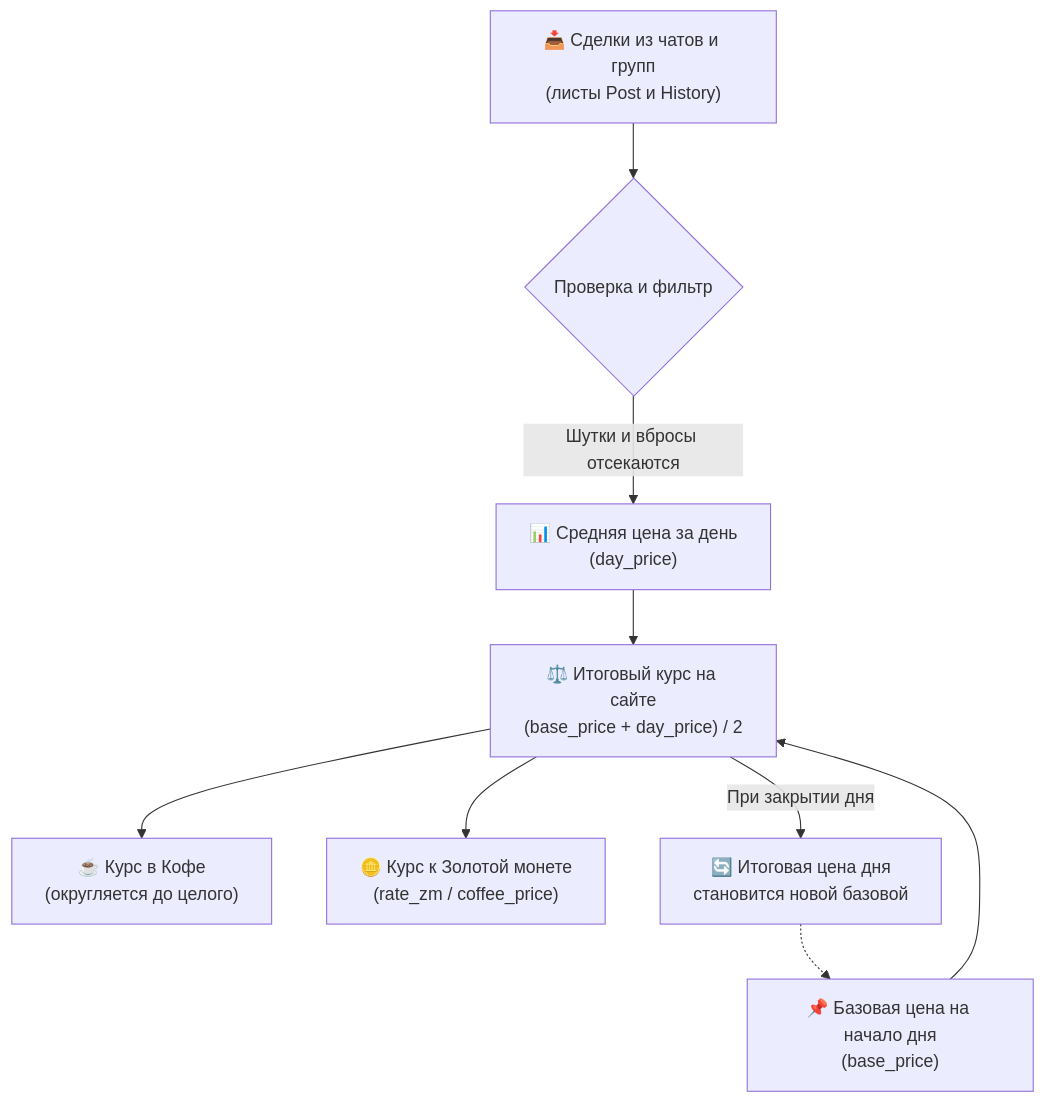
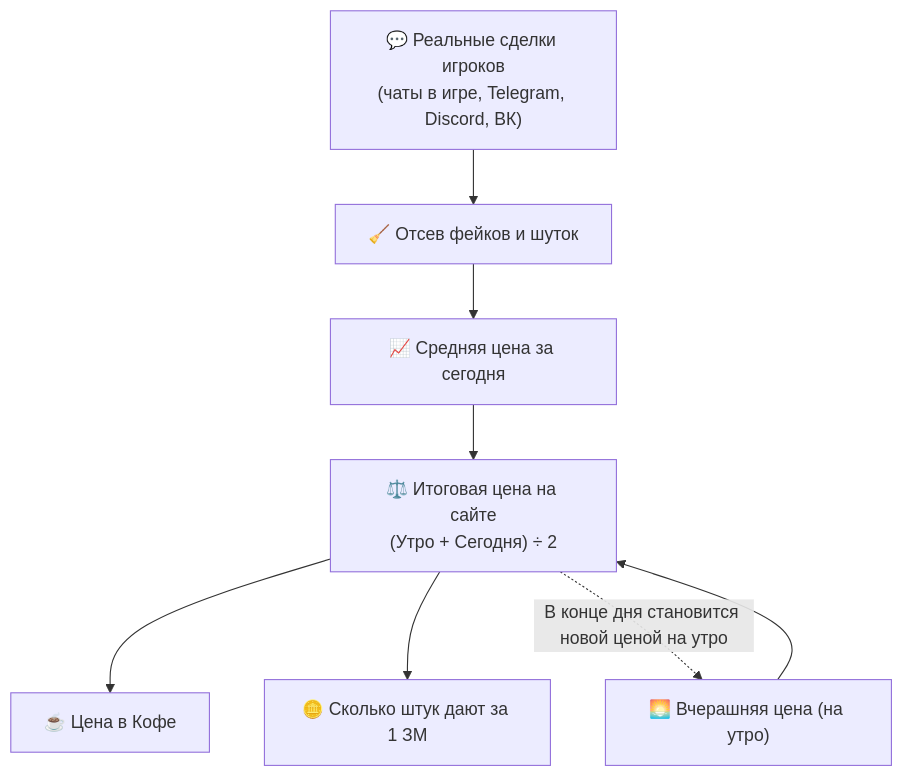
The diagram in README.md (Daedalusie/RR4-Barter), drawn with Mermaid before and after one commit. The commit also changed other lines of this file, not shown here.

````diff
--- a/README.md
+++ b/README.md
@@ -35,11 +35,10 @@
 ```mermaid
 flowchart TD
-    A["📥 Сделки из чатов и групп<br/>(листы Post и History)"] --> B{"Проверка и фильтр"}
-    B -->|Шутки и вбросы отсекаются| C["📊 Средняя цена за день<br/>(day_price)"]
-    D["📌 Базовая цена на начало дня<br/>(base_price)"] --> E["⚖️ Итоговый курс на сайте<br/>(base_price + day_price) / 2"]
+    A["💬 Реальные сделки игроков<br/>(чаты в игре, Telegram, Discord, ВК)"] --> B["🧹 Отсев фейков и шуток"]
+    B --> C["📈 Средняя цена за сегодня"]
+    D["🌅 Вчерашняя цена (на утро)"] --> E["⚖️ Итоговая цена на сайте<br/>(Утро + Сегодня) ÷ 2"]
     C --> E
-    E --> F["☕ Курс в Кофе<br/>(округляется до целого)"]
-    E --> G["🪙 Курс к Золотой монете<br/>(rate_zm / coffee_price)"]
-    E -->|При закрытии дня| H["🔄 Итоговая цена дня<br/>становится новой базовой"]
-    H -.-> D
+    E --> F["☕ Цена в Кофе"]
+    E --> G["🪙 Сколько штук дают за 1 ЗМ"]
+    E -.->|В конце дня становится новой ценой на утро| D
 ```
````
